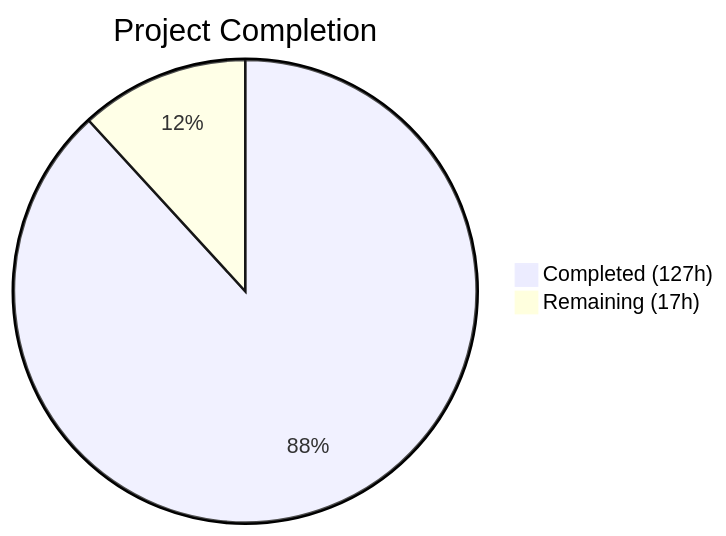
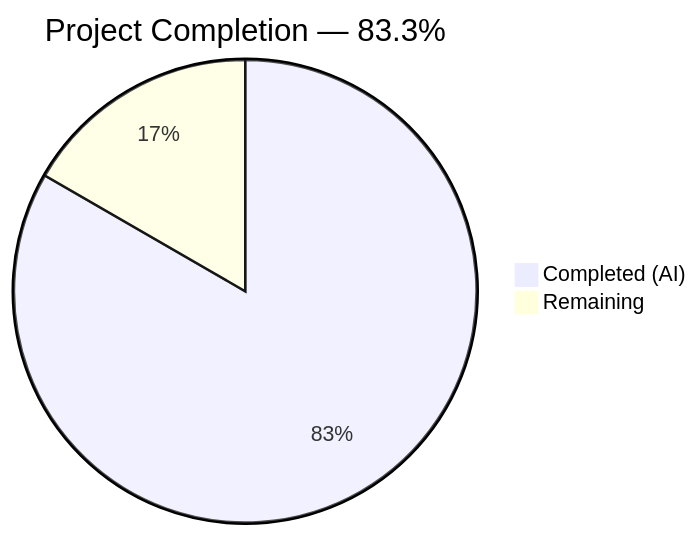
One commit to Blitzy-Sandbox/blitzy-formbricks changed the first of 2 diagrams in blitzy/documentation/Project Guide.md. Above: the diagram before and after it, drawn with Mermaid. The commit also changed other lines of this file, not shown here.

Commit message:
Adding Blitzy Project Guide: Project Status and Human Tasks Remaining

````diff
--- a/blitzy/documentation/Project Guide.md
+++ b/blitzy/documentation/Project Guide.md
@@ -13,5 +13,5 @@
 ```mermaid
-pie title Project Completion
-    "Completed (127h)" : 127
-    "Remaining (17h)" : 17
+pie title Project Completion — 83.3%
+    "Completed (AI)" : 40
+    "Remaining" : 8
 ```
````
